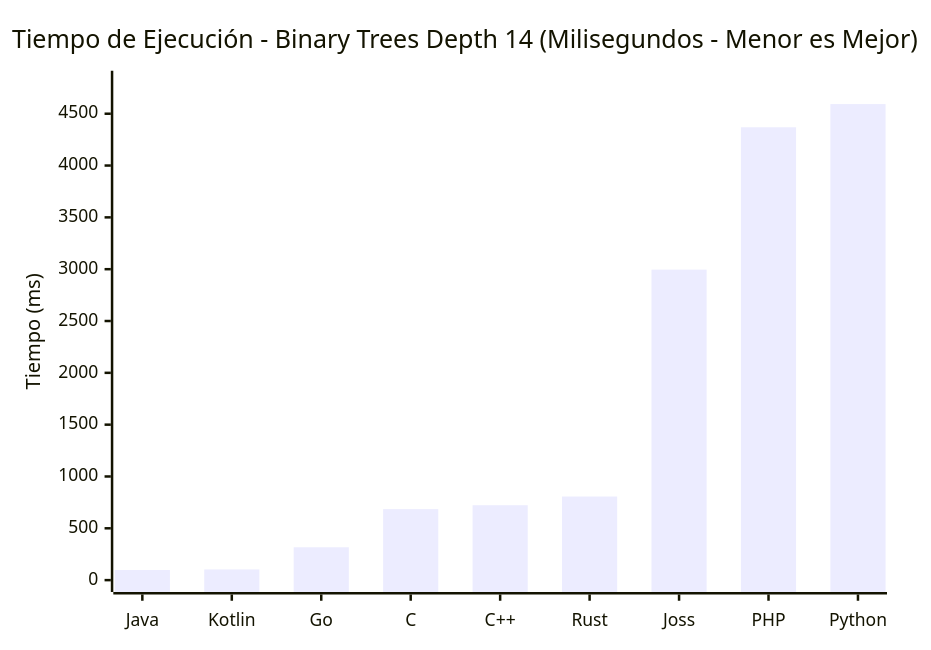
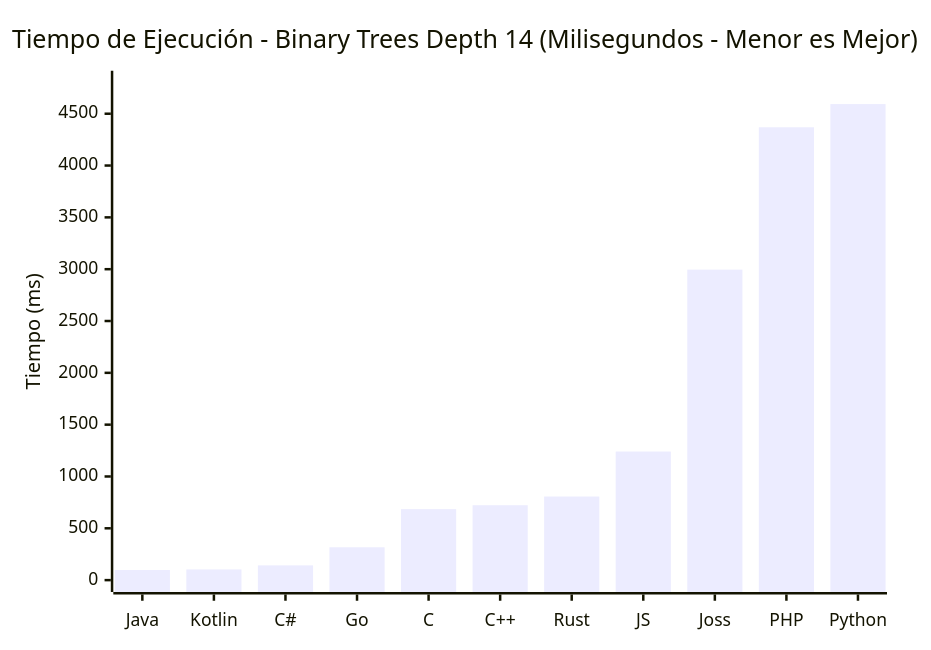
Before and after one commit to joss-language/Joss-Programming-Language: the fourth of 5 diagrams in branchmark.md, drawn with Mermaid. The commit also changed other lines of this file and 12 other files, not shown here.

Commit message:
docs(benchmarks): rewrite branchmark.md for Joss v3.6.8.0 adding Águila, JavaScript (V8) and C# (.NET 10)

````diff
--- a/branchmark.md
+++ b/branchmark.md
@@ -256,7 +227,7 @@
 ```mermaid
 xychart-beta
     title "Tiempo de Ejecución - Binary Trees Depth 14 (Milisegundos - Menor es Mejor)"
-    x-axis ["Java", "Kotlin", "Go", "C", "C++", "Rust", "Joss", "PHP", "Python"]
+    x-axis ["Java", "Kotlin", "C#", "Go", "C", "C++", "Rust", "JS", "Joss", "PHP", "Python"]
     y-axis "Tiempo (ms)" 0 --> 4800
-    bar [97.7, 103.2, 317.0, 684.9, 722.5, 806.8, 2995.6, 4369.3, 4593.1]
+    bar [97.7, 103.2, 142.3, 317.0, 684.9, 722.5, 806.8, 1240.5, 2995.6, 4369.3, 4593.1]
 ```
````
